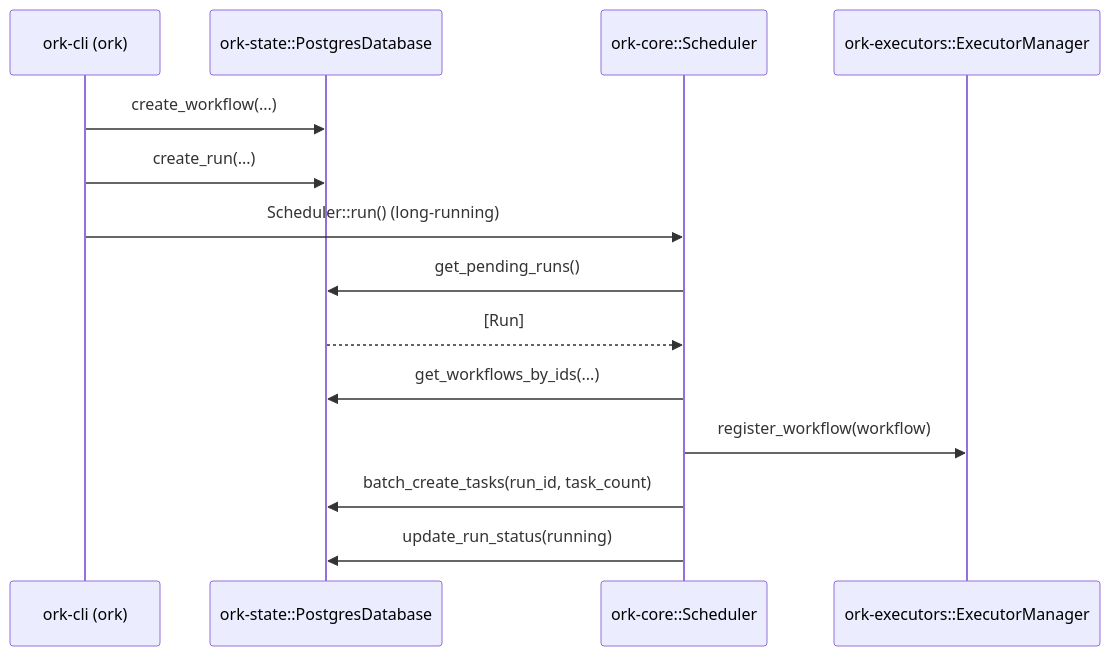
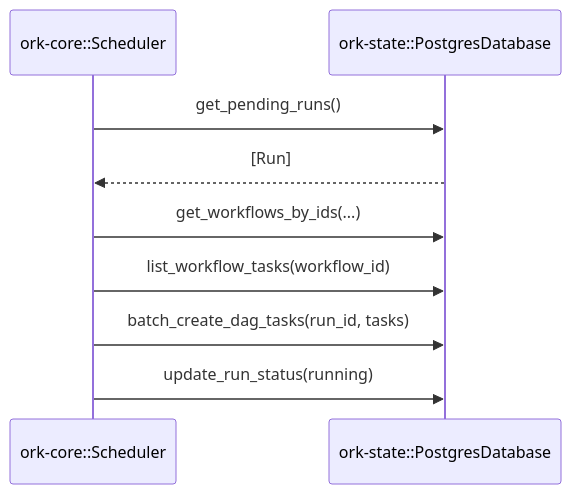
The third of 4 diagrams in docs/dev/architecture.md (gajop/ork), drawn with Mermaid before and after one commit. The commit also changed other lines of this file and 30 other files, not shown here.

Commit message:
Refactor DAG workflows and executor selection

````diff
--- a/docs/dev/architecture.md
+++ b/docs/dev/architecture.md
@@ -63,18 +93,12 @@
 ```mermaid
 sequenceDiagram
-    participant OrkCLI as ork-cli (ork)
+    participant Scheduler as ork-core::Scheduler
     participant DB as ork-state::PostgresDatabase
-    participant Scheduler as ork-core::Scheduler
-    participant ExecMgr as ork-executors::ExecutorManager
-
-    OrkCLI->>DB: create_workflow(...)
-    OrkCLI->>DB: create_run(...)
-    OrkCLI->>Scheduler: Scheduler::run() (long-running)
 
     Scheduler->>DB: get_pending_runs()
     DB-->>Scheduler: [Run]
     Scheduler->>DB: get_workflows_by_ids(...)
-    Scheduler->>ExecMgr: register_workflow(workflow)
-    Scheduler->>DB: batch_create_tasks(run_id, task_count)
+    Scheduler->>DB: list_workflow_tasks(workflow_id)
+    Scheduler->>DB: batch_create_dag_tasks(run_id, tasks)
     Scheduler->>DB: update_run_status(running)
 ```
````
